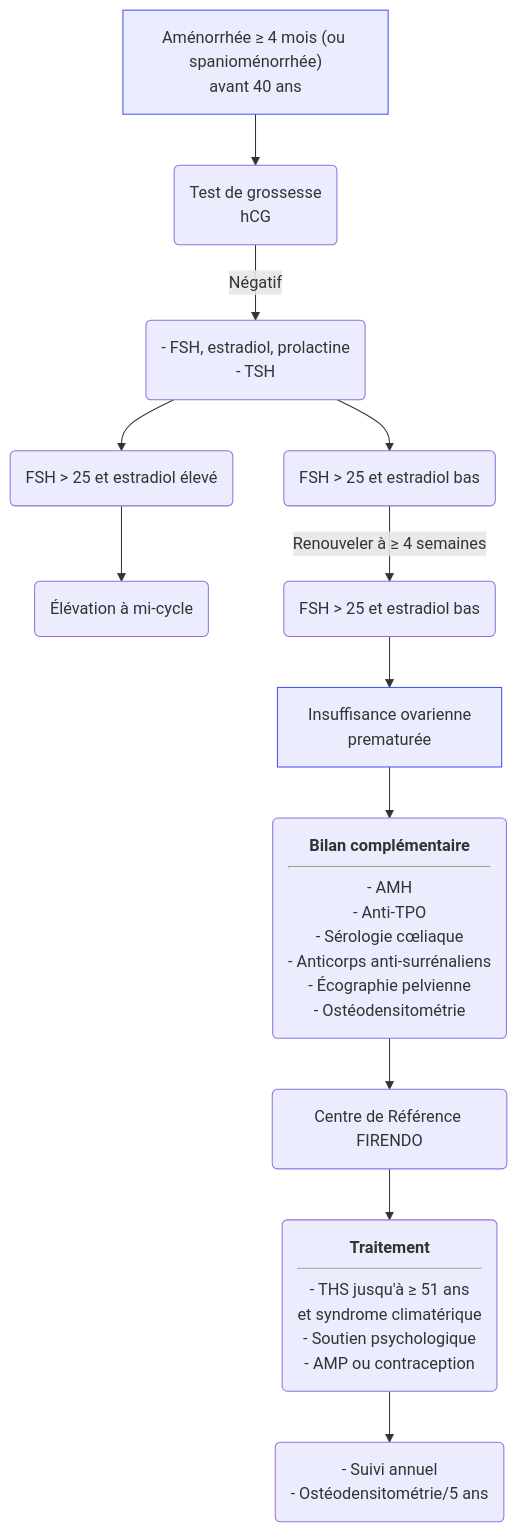
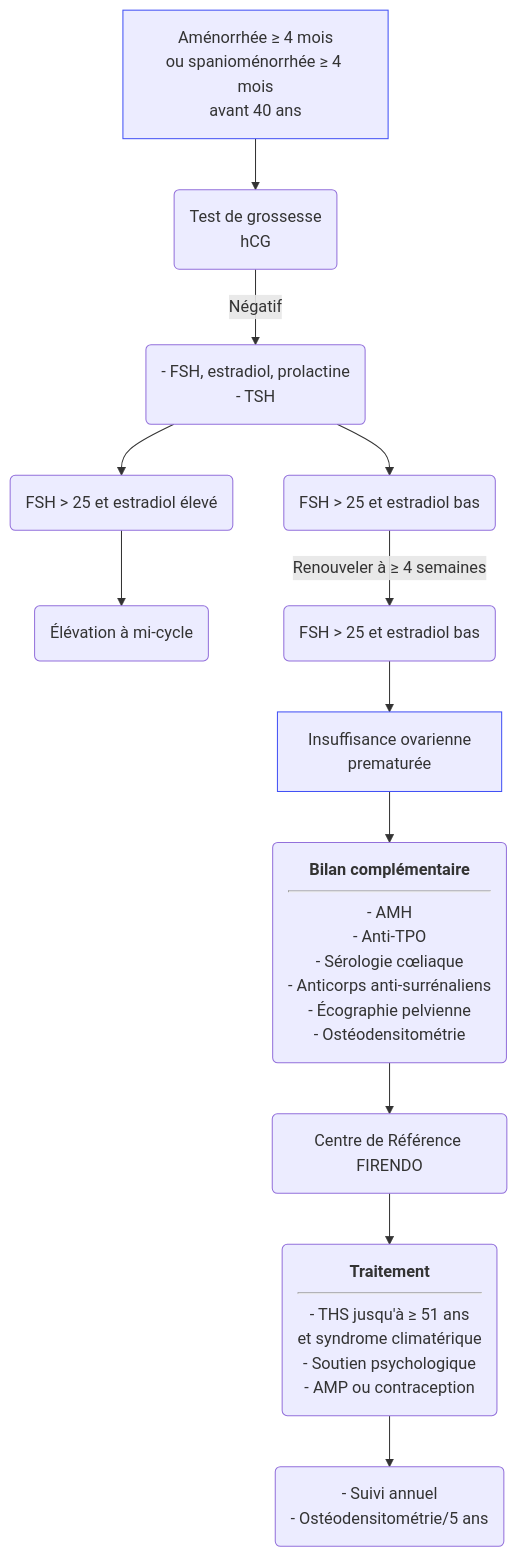
Before and after one commit to djibe/recommandations-medicales: the diagram in content/recommandations/insuffisance-ovarienne-prematuree.md, drawn with Mermaid. The commit also changed other lines of this file and 16 other files, not shown here.

```diff
--- a/content/recommandations/insuffisance-ovarienne-prematuree.md
+++ b/content/recommandations/insuffisance-ovarienne-prematuree.md
@@ -201,10 +201,10 @@
 {{< mermaid title="Conduite à tenir pour le diagnostic de l'insuffisance ovarienne prématurée. Dr JB Fron d'après HAS 2021 et Cox et Liu 2014" >}}
 graph TB
-  amenorrhee["Aménorrhée &ge; 4 mois (ou spanioménorrhée)<br>avant 40 ans"] --> hcg(Test de grossesse<br>hCG)
+  amenorrhee["Aménorrhée &ge; 4 mois<br>ou spanioménorrhée &ge; 4 mois<br>avant 40 ans"] --> hcg(Test de grossesse<br>hCG)
   style amenorrhee stroke:#4150f5, stroke-width:1px
     hcg -- Négatif --> dosage("- FSH, estradiol, prolactine<br>- TSH")
       dosage --> estradiolEleve("FSH &gt; 25 et estradiol élevé") --> micycle(Élévation à mi-cycle)
       dosage --> estradiolBas("FSH &gt; 25 et estradiol bas") -- "Renouveler à &ge; 4 semaines" --> confirmation("FSH &gt; 25 et estradiol bas") --> diagnostic[Insuffisance ovarienne<br>prematurée]
       style diagnostic stroke:#4150f5, stroke-width:1px
       diagnostic --> complementaire("<b>Bilan complémentaire</b><hr>- AMH<br>- Anti-TPO<br>- Sérologie cœliaque<br>- Anticorps anti-surrénaliens<br>- Écographie pelvienne<br>- Ostéodensitométrie") --> spe(Centre de Référence FIRENDO) --> traitement("<b>Traitement</b><hr>- THS jusqu'à &ge; 51 ans<br>et syndrome climatérique<br>- Soutien psychologique<br>- AMP ou contraception") --> suivi("- Suivi annuel<br>- Ostéodensitométrie/5 ans")
 {{< /mermaid >}}
```
